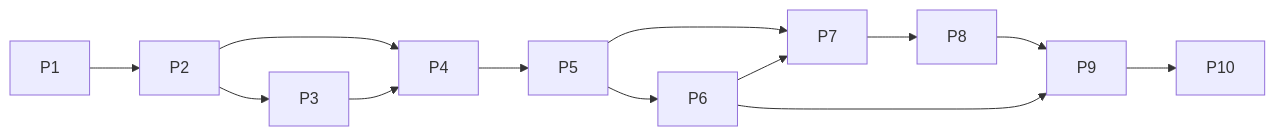
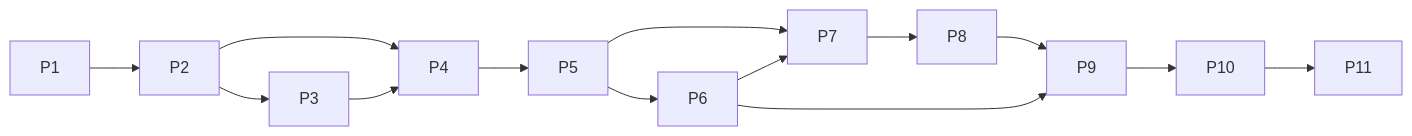
One commit to theNanGuos/theNanGuos_lyc changed the diagram in docs/planning/PLAN.md. Above: the diagram before and after it, drawn with Mermaid. The commit also changed other lines of this file and 1 other file, not shown here.

````diff
--- a/docs/planning/PLAN.md
+++ b/docs/planning/PLAN.md
@@ -102,15 +110,16 @@
 ```mermaid
 flowchart LR
     P1 --> P2
     P2 --> P3
     P2 --> P4
     P3 --> P4
     P4 --> P5
     P5 --> P6
     P5 --> P7
     P6 --> P7
     P7 --> P8
     P8 --> P9
     P6 --> P9
     P9 --> P10
+    P10 --> P11
 ```
````
